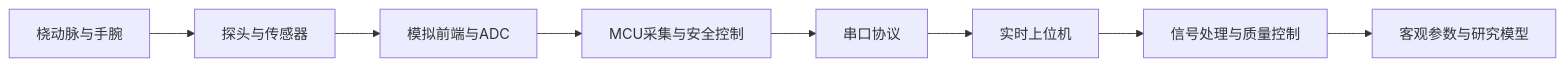
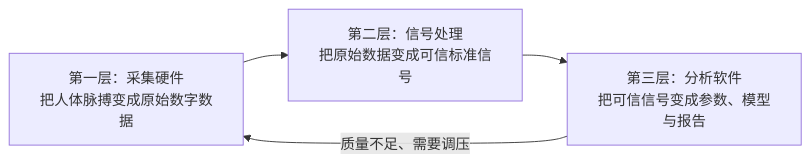
One commit to cxjchelsea/digital-pulse-diagnosis changed the diagram in README.md. Above: the diagram before and after it, drawn with Mermaid. The commit also changed other lines of this file, not shown here.

````diff
--- a/README.md
+++ b/README.md
@@ -35,10 +11,6 @@
 ```mermaid
 flowchart LR
-    A["桡动脉与手腕"] --> B["探头与传感器"]
-    B --> C["模拟前端与ADC"]
-    C --> D["MCU采集与安全控制"]
-    D --> E["串口协议"]
-    E --> F["实时上位机"]
-    F --> G["信号处理与质量控制"]
-    G --> H["客观参数与研究模型"]
+    A["第一层：采集硬件<br/>把人体脉搏变成原始数字数据"] --> B["第二层：信号处理<br/>把原始数据变成可信标准信号"]
+    B --> C["第三层：分析软件<br/>把可信信号变成参数、模型与报告"]
+    C -->|质量不足、需要调压| A
 ```
````
